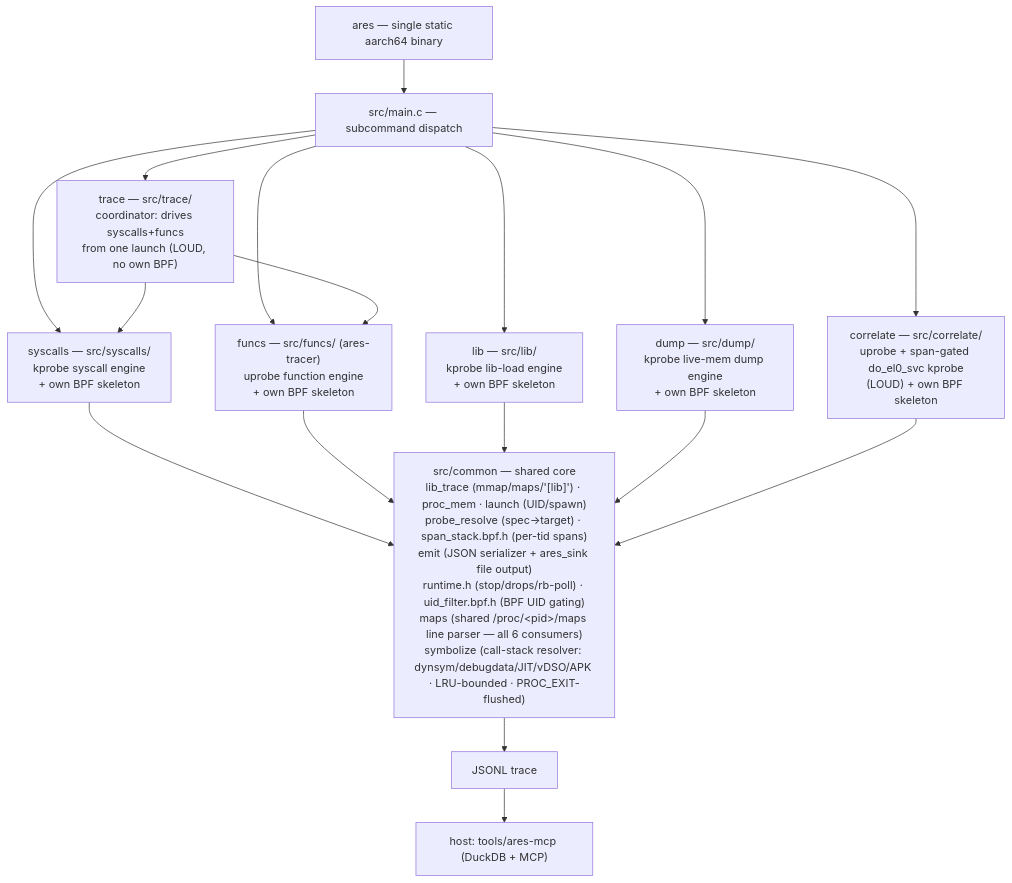
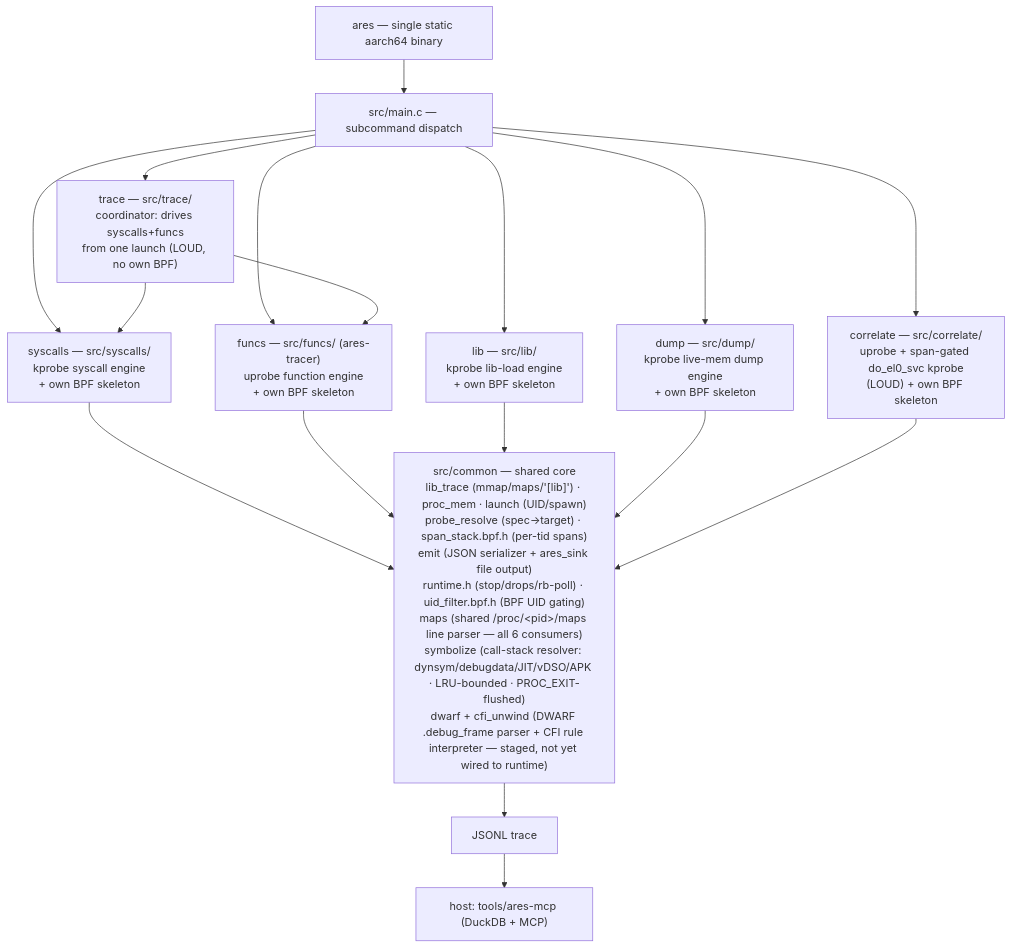
Before and after one commit to michaelaurelio/Anubee: the diagram in DOCUMENTATION.md, drawn with Mermaid. The commit also changed other lines of this file and 1 other file, not shown here.

````diff
--- a/DOCUMENTATION.md
+++ b/DOCUMENTATION.md
@@ -17,31 +17,31 @@
 ```mermaid
 flowchart TD
     ares["ares — single static aarch64 binary"]
     main["src/main.c — subcommand dispatch"]
     syscalls["syscalls — src/syscalls/<br/>kprobe syscall engine<br/>+ own BPF skeleton"]
     funcs["funcs — src/funcs/ (ares-tracer)<br/>uprobe function engine<br/>+ own BPF skeleton"]
     lib["lib — src/lib/<br/>kprobe lib-load engine<br/>+ own BPF skeleton"]
     dump["dump — src/dump/<br/>kprobe live-mem dump engine<br/>+ own BPF skeleton"]
     correlate["correlate — src/correlate/<br/>uprobe + span-gated do_el0_svc kprobe<br/>(LOUD) + own BPF skeleton"]
     tracecmd["trace — src/trace/<br/>coordinator: drives syscalls+funcs<br/>from one launch (LOUD, no own BPF)"]
-    common["src/common — shared core<br/>lib_trace (mmap/maps/'[lib]') · proc_mem · launch (UID/spawn)<br/>probe_resolve (spec→target) · span_stack.bpf.h (per-tid spans)<br/>emit (JSON serializer + ares_sink file output)<br/>runtime.h (stop/drops/rb-poll) · uid_filter.bpf.h (BPF UID gating)<br/>maps (shared /proc/&lt;pid&gt;/maps line parser — all 6 consumers)<br/>symbolize (call-stack resolver: dynsym/debugdata/JIT/vDSO/APK · LRU-bounded · PROC_EXIT-flushed)"]
+    common["src/common — shared core<br/>lib_trace (mmap/maps/'[lib]') · proc_mem · launch (UID/spawn)<br/>probe_resolve (spec→target) · span_stack.bpf.h (per-tid spans)<br/>emit (JSON serializer + ares_sink file output)<br/>runtime.h (stop/drops/rb-poll) · uid_filter.bpf.h (BPF UID gating)<br/>maps (shared /proc/&lt;pid&gt;/maps line parser — all 6 consumers)<br/>symbolize (call-stack resolver: dynsym/debugdata/JIT/vDSO/APK · LRU-bounded · PROC_EXIT-flushed)<br/>dwarf + cfi_unwind (DWARF .debug_frame parser + CFI rule interpreter — staged, not yet wired to runtime)"]
     trace["JSONL trace"]
     mcp["host: tools/ares-mcp (DuckDB + MCP)"]
 
     ares --> main
     main --> syscalls
     main --> funcs
     main --> lib
     main --> dump
     main --> correlate
     main --> tracecmd
     tracecmd --> syscalls
     tracecmd --> funcs
     syscalls --> common
     funcs --> common
     lib --> common
     dump --> common
     correlate --> common
     common --> trace
     trace --> mcp
 ```
````
